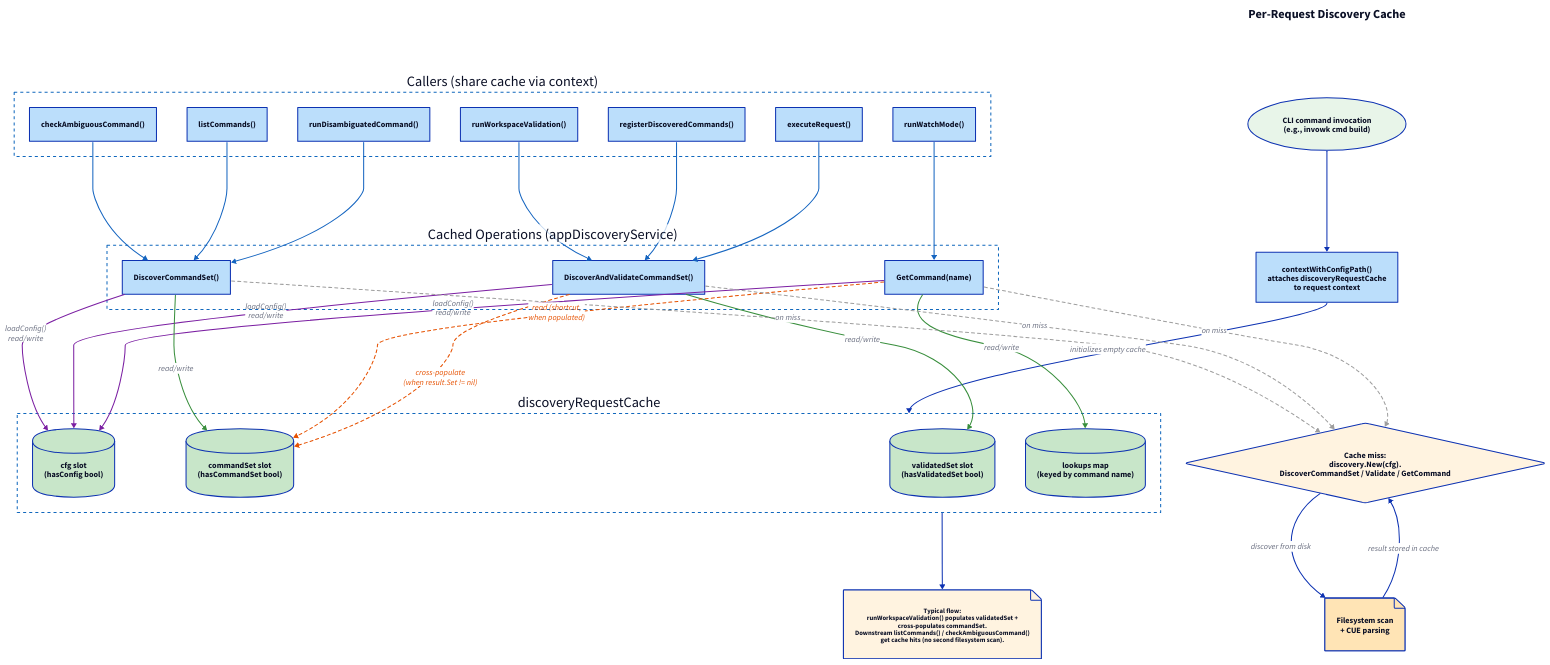
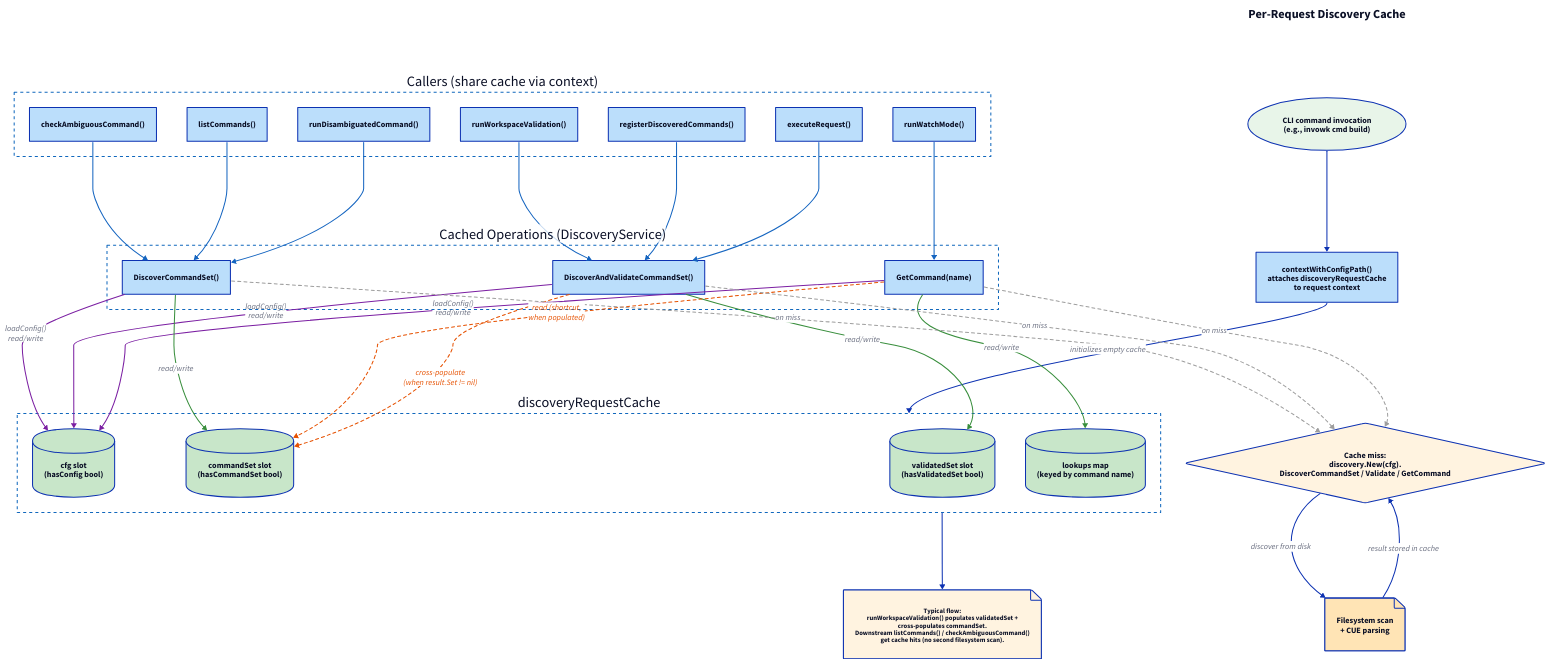
Before and after one commit to invowk/invowk: the diagram in docs/diagrams/flowcharts/discovery-cache.d2, drawn with D2. The commit also changed 20 other files, not shown here. The source asks for the TALA layout; these drawings use dagre instead.

```diff
--- a/docs/diagrams/flowcharts/discovery-cache.d2
+++ b/docs/diagrams/flowcharts/discovery-cache.d2
@@ -1,6 +1,6 @@
 # Per-Request Discovery Cache Flowchart
 #
-# Shows how the discoveryRequestCache in cmd/invowk/app.go memoizes
+# Shows how DiscoveryService in internal/app/commandadapters/discovery.go memoizes
 # discovery results within a single CLI invocation. The cache is
 # attached to the request context by contextWithConfigPath() and
 # shared across seven callers that would otherwise trigger redundant
@@ -10,7 +10,7 @@
 # commandSet slot (when result.Set != nil) so downstream
 # DiscoverCommandSet calls reuse the same result.
 #
-# Source: cmd/invowk/app.go (discoveryRequestCache, appDiscoveryService)
+# Source: internal/app/commandadapters/discovery.go (DiscoveryService)
 
 vars: {
   d2-config: {
@@ -86,7 +86,7 @@
 # Three Cached Operations
 # ==============================================================================
 
-operations: Cached Operations (appDiscoveryService) {
+operations: Cached Operations (DiscoveryService) {
   style: {
     stroke: "#1168BD"
     stroke-dash: 3
```
